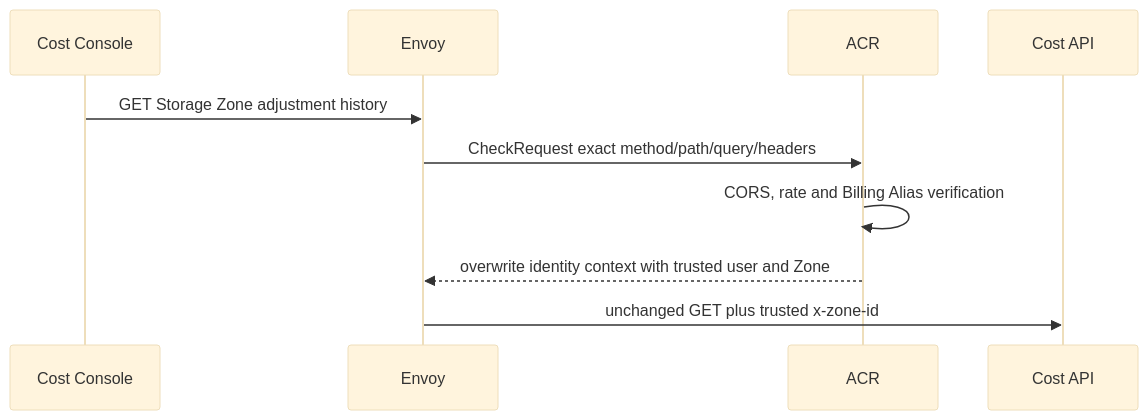
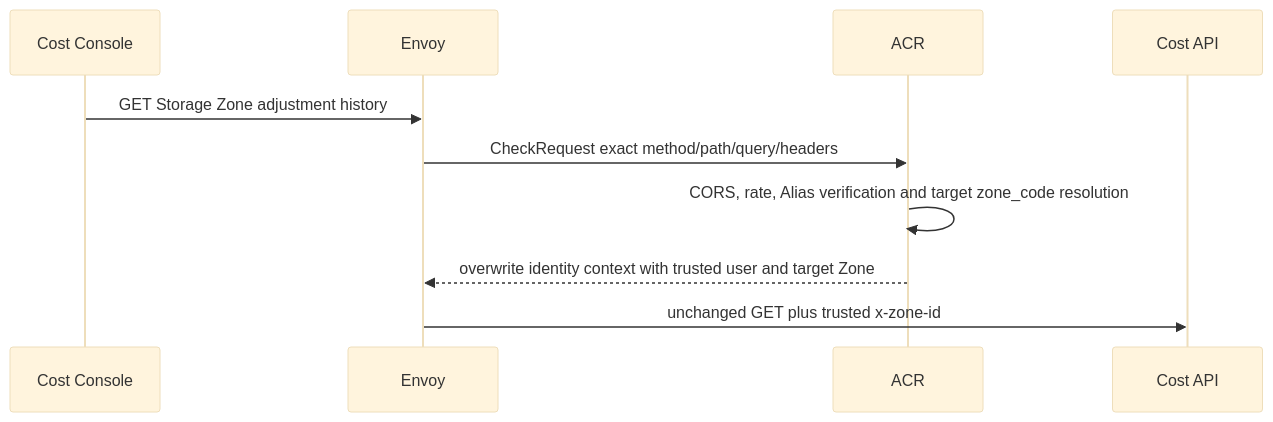
The diagram in god_view/billing/billing_storage_zone_price_adjustment_list_god_view.md (phucle996/aurora), drawn with Mermaid (base theme) before and after one commit. The commit also changed other lines of this file and 17 other files, not shown here.

Commit message:
refactor: update billing API to support zone-scoped price adjustments and integrate a new ZonePriceAdjustmentsTab UI component.

````diff
--- a/god_view/billing/billing_storage_zone_price_adjustment_list_god_view.md
+++ b/god_view/billing/billing_storage_zone_price_adjustment_list_god_view.md
@@ -20,12 +18,12 @@
 ```mermaid
 sequenceDiagram
     participant C as Cost Console
     participant E as Envoy
     participant A as ACR
     participant API as Cost API
     C->>E: GET Storage Zone adjustment history
     E->>A: CheckRequest exact method/path/query/headers
-    A->>A: CORS, rate and Billing Alias verification
-    A-->>E: overwrite identity context with trusted user and Zone
+    A->>A: CORS, rate, Alias verification and target zone_code resolution
+    A-->>E: overwrite identity context with trusted user and target Zone
     E->>API: unchanged GET plus trusted x-zone-id
 ```
````
